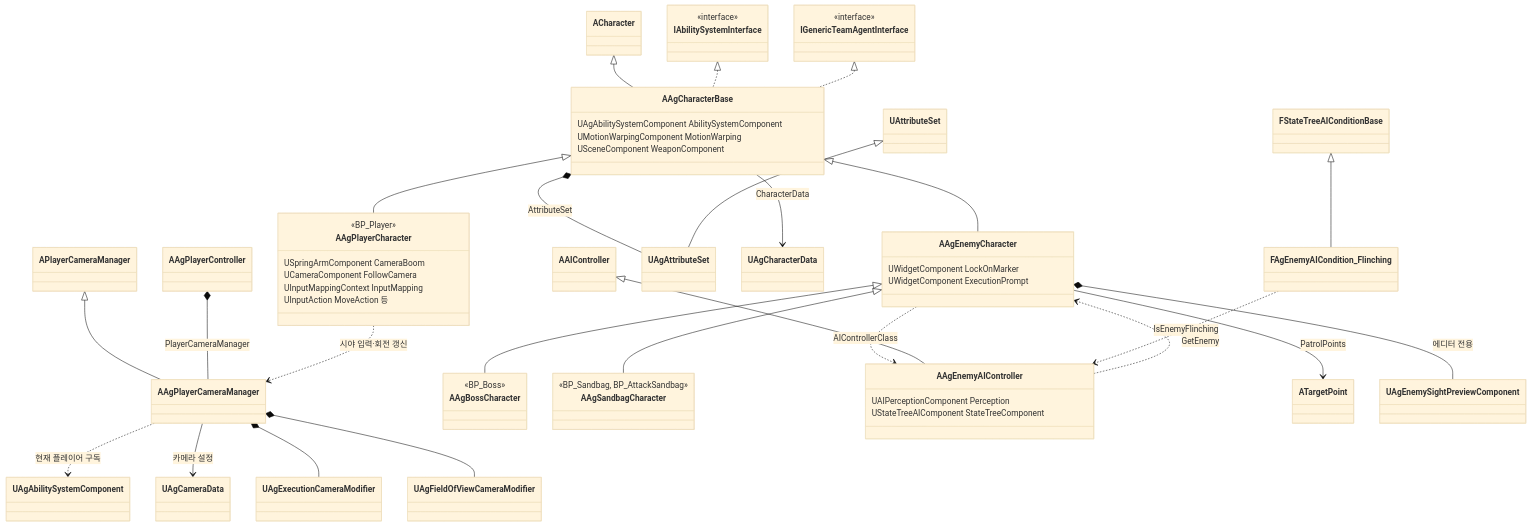
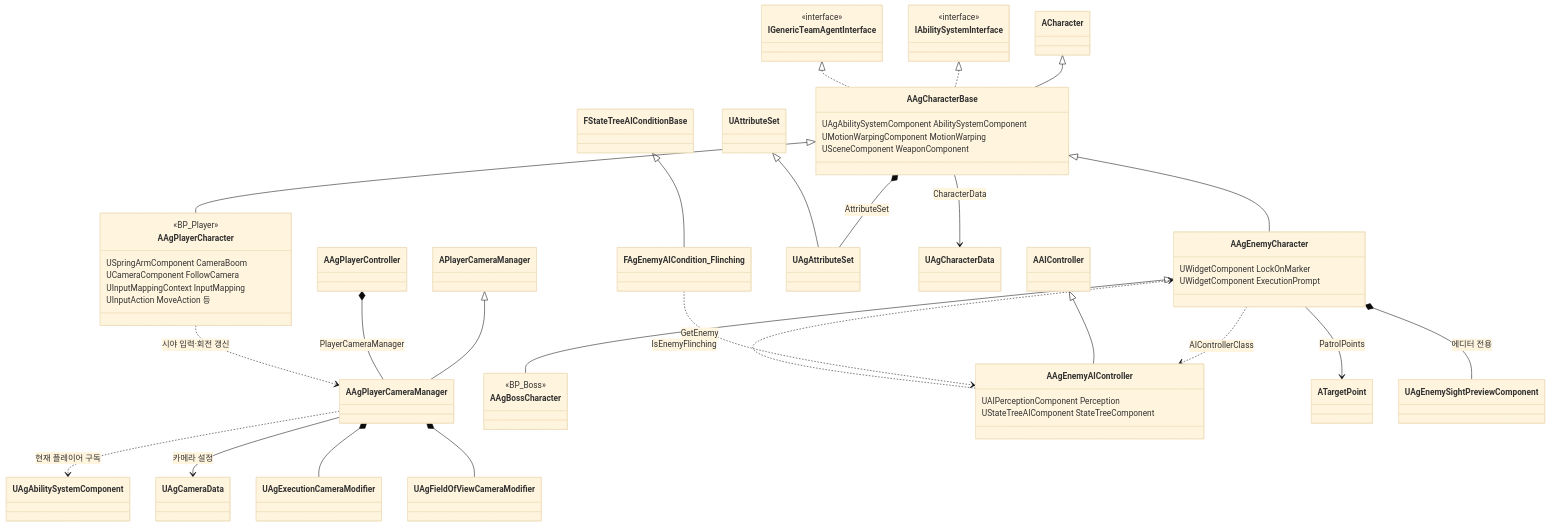
Before and after one commit to Woogl/Ag: the first of 6 diagrams in Docs/Architecture/캐릭터 기반 구조와 GAS.md, drawn with Mermaid (base theme). The commit also changed other lines of this file and 34 other files, not shown here.

````diff
--- a/Docs/Architecture/캐릭터 기반 구조와 GAS.md
+++ b/Docs/Architecture/캐릭터 기반 구조와 GAS.md
@@ -44,62 +43,58 @@
 ```mermaid
 classDiagram
     direction TB
     class IAbilitySystemInterface {
         <<interface>>
     }
     class IGenericTeamAgentInterface {
         <<interface>>
     }
     class AAgCharacterBase {
         UAgAbilitySystemComponent AbilitySystemComponent
         UMotionWarpingComponent MotionWarping
         USceneComponent WeaponComponent
     }
     class AAgPlayerCharacter {
         <<BP_Player>>
         USpringArmComponent CameraBoom
         UCameraComponent FollowCamera
         UInputMappingContext InputMapping
         UInputAction MoveAction 등
     }
     class AAgPlayerCameraManager
     class AAgEnemyCharacter {
         UWidgetComponent LockOnMarker
         UWidgetComponent ExecutionPrompt
     }
     class AAgBossCharacter {
         <<BP_Boss>>
     }
-    class AAgSandbagCharacter {
-        <<BP_Sandbag, BP_AttackSandbag>>
-    }
     class AAgEnemyAIController {
         UAIPerceptionComponent Perception
         UStateTreeAIComponent StateTreeComponent
     }
     ACharacter <|-- AAgCharacterBase
     IAbilitySystemInterface <|.. AAgCharacterBase
     IGenericTeamAgentInterface <|.. AAgCharacterBase
     AAgCharacterBase <|-- AAgPlayerCharacter
     APlayerCameraManager <|-- AAgPlayerCameraManager
     AAgPlayerController *-- AAgPlayerCameraManager : PlayerCameraManager
     AAgPlayerCharacter ..> AAgPlayerCameraManager : 시야 입력·회전 갱신
     AAgPlayerCameraManager ..> UAgAbilitySystemComponent : 현재 플레이어 구독
     AAgPlayerCameraManager --> UAgCameraData : 카메라 설정
     AAgPlayerCameraManager *-- UAgExecutionCameraModifier
     AAgPlayerCameraManager *-- UAgFieldOfViewCameraModifier
     AAgCharacterBase <|-- AAgEnemyCharacter
     AAgEnemyCharacter <|-- AAgBossCharacter
-    AAgEnemyCharacter <|-- AAgSandbagCharacter
 
     AAgCharacterBase *-- UAgAttributeSet : AttributeSet
     UAttributeSet <|-- UAgAttributeSet
     AAgCharacterBase --> UAgCharacterData : CharacterData
     AAgEnemyCharacter ..> AAgEnemyAIController : AIControllerClass
     AAgEnemyCharacter --> ATargetPoint : PatrolPoints
     AAgEnemyCharacter *-- UAgEnemySightPreviewComponent : 에디터 전용
     AAIController <|-- AAgEnemyAIController
     AAgEnemyAIController ..> AAgEnemyCharacter : GetEnemy
     FStateTreeAIConditionBase <|-- FAgEnemyAICondition_Flinching
     FAgEnemyAICondition_Flinching ..> AAgEnemyAIController : IsEnemyFlinching
 ```
````
